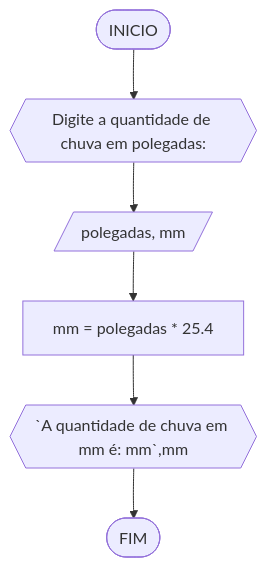
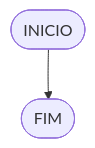
Before and after one commit to AlissonFT2/unifor: the fourth of 5 diagrams in RLA/unidade1/lista2.md, drawn with Mermaid. The commit also changed other lines of this file, not shown here.

````diff
--- a/RLA/unidade1/lista2.md
+++ b/RLA/unidade1/lista2.md
@@ -81,11 +116,4 @@
 ```mermaid
 flowchart TD
-A([INICIO]) --> B{{Digite a quantidade de chuva em polegadas: }}
-B --> D[/polegadas, mm/]
-D --> E[mm = polegadas * 25.4]
-E --> F{{`A quantidade de chuva em mm é: mm`,mm}}
-F --> G([FIM]) 
-
-
-
+A([INICIO]) --> B([FIM])
 ```
````
